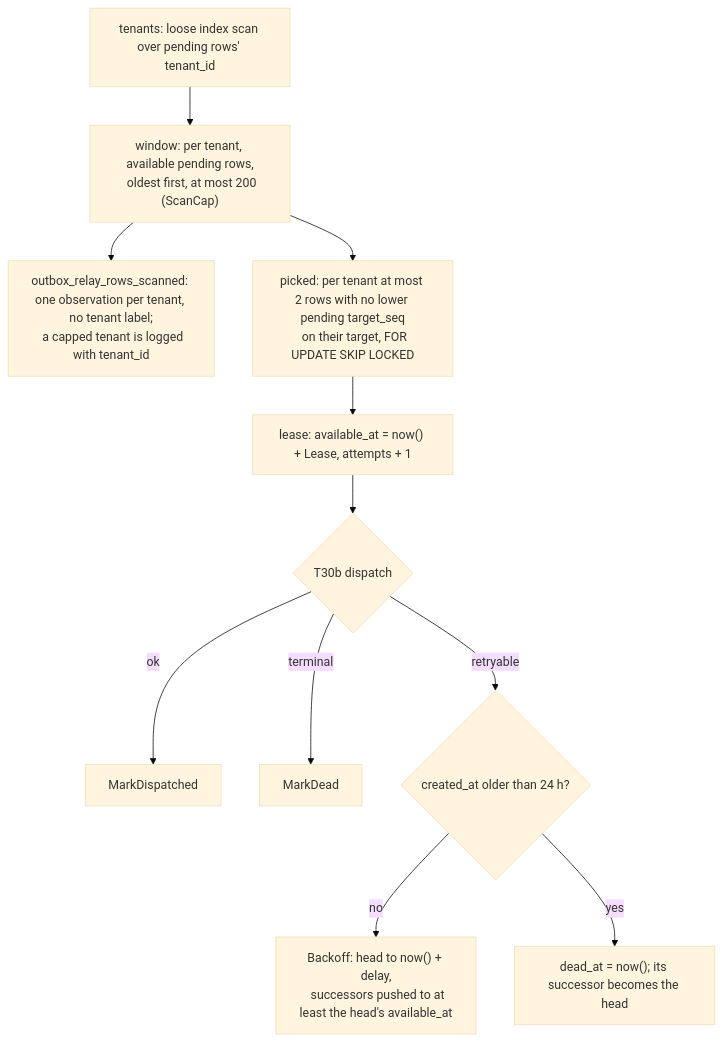
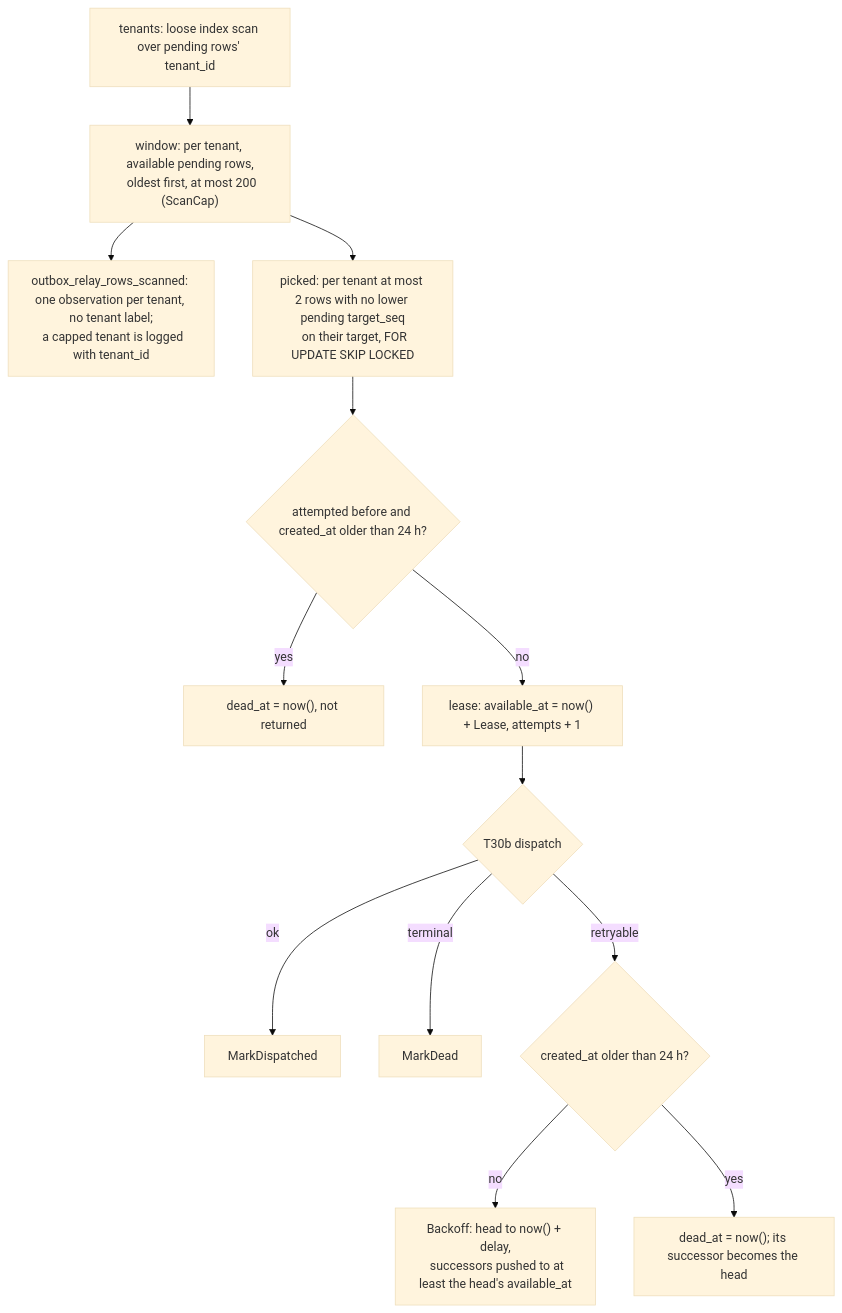
Before and after one commit to Navaladi2019/TicketingSystem: the diagram in docs/architecture/outbox-relay.md, drawn with Mermaid (base theme). The commit also changed other lines of this file and 3 other files, not shown here.

First line of the commit message:
fix(relay): mark an aged row dead when Claim takes over its lease (TICK-74)

````diff
--- a/docs/architecture/outbox-relay.md
+++ b/docs/architecture/outbox-relay.md
@@ -18,17 +18,19 @@
 ```mermaid
 flowchart TD
   T["tenants: loose index scan over pending rows' tenant_id"] --> W["window: per tenant, available pending rows,
   oldest first, at most 200 (ScanCap)"]
   W --> M["outbox_relay_rows_scanned: one observation per tenant, no tenant label;
   a capped tenant is logged with tenant_id"]
   W --> P["picked: per tenant at most 2 rows with no lower pending target_seq
   on their target, FOR UPDATE SKIP LOCKED"]
-  P --> L["lease: available_at = now() + Lease, attempts + 1"]
+  P --> X{"attempted before and created_at older than 24 h?"}
+  X -->|yes| XD["dead_at = now(), not returned"]
+  X -->|no| L["lease: available_at = now() + Lease, attempts + 1"]
   L --> D{T30b dispatch}
   D -->|ok| MD[MarkDispatched]
   D -->|terminal| MX[MarkDead]
   D -->|retryable| B{"created_at older than 24 h?"}
   B -->|no| BO["Backoff: head to now() + delay,
   successors pushed to at least the head's available_at"]
   B -->|yes| DD["dead_at = now(); its successor becomes the head"]
 ```
````
